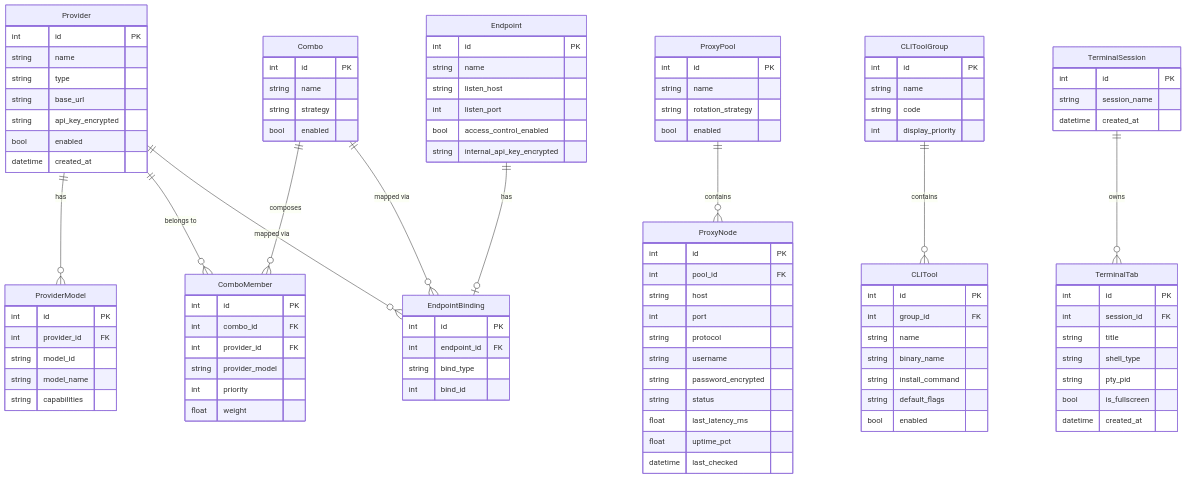
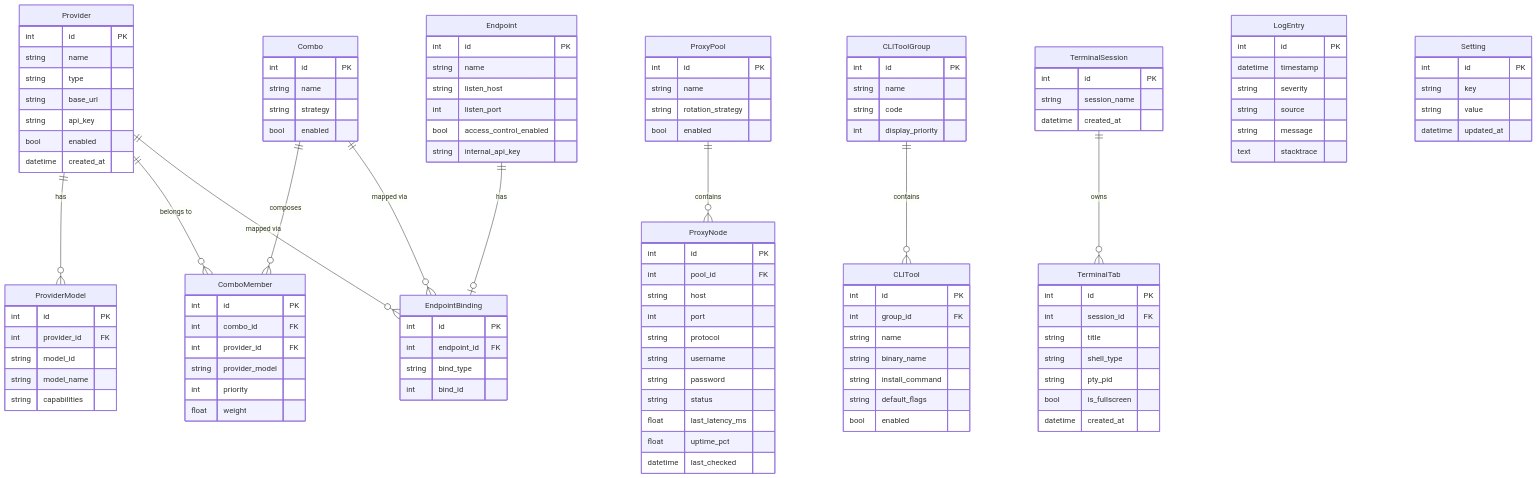
The diagram in documents/analysis/ERD.md (fadhly-permata/AI-Gate), drawn with Mermaid before and after one commit. The commit also changed other lines of this file and 53 other files, not shown here.

```diff
--- a/documents/analysis/ERD.md
+++ b/documents/analysis/ERD.md
@@ -19,7 +19,7 @@
         string name
         string type
         string base_url
-        string api_key_encrypted
+        string api_key
         bool enabled
         datetime created_at
     }
@@ -46,7 +46,7 @@
         int port
         string protocol
         string username
-        string password_encrypted
+        string password
         string status
         float last_latency_ms
         float uptime_pct
@@ -75,7 +75,7 @@
         string listen_host
         int listen_port
         bool access_control_enabled
-        string internal_api_key_encrypted
+        string internal_api_key
     }
 
     EndpointBinding {
@@ -118,6 +118,22 @@
         datetime created_at
     }
 
+    LogEntry {
+        int id PK
+        datetime timestamp
+        string severity
+        string source
+        string message
+        text stacktrace
+    }
+
+    Setting {
+        int id PK
+        string key
+        string value
+        datetime updated_at
+    }
+
     Provider ||--o{ ProviderModel : "has"
     ProxyPool ||--o{ ProxyNode : "contains"
     Provider ||--o{ ComboMember : "belongs to"
```
